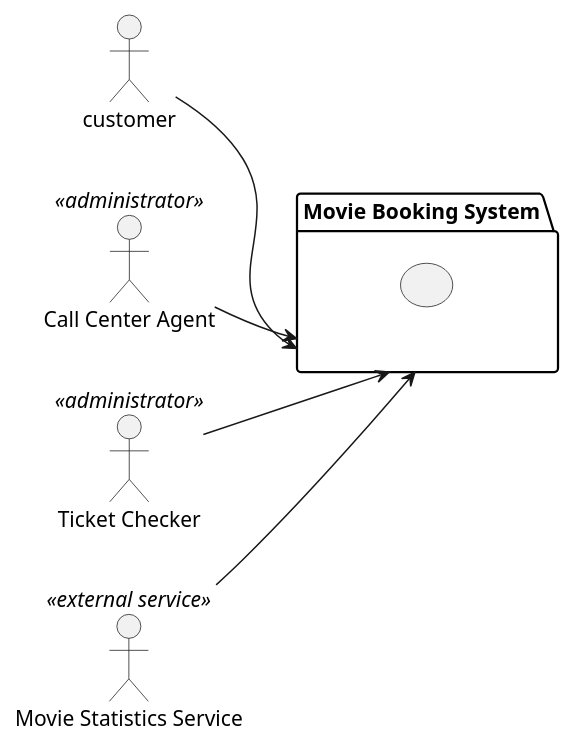
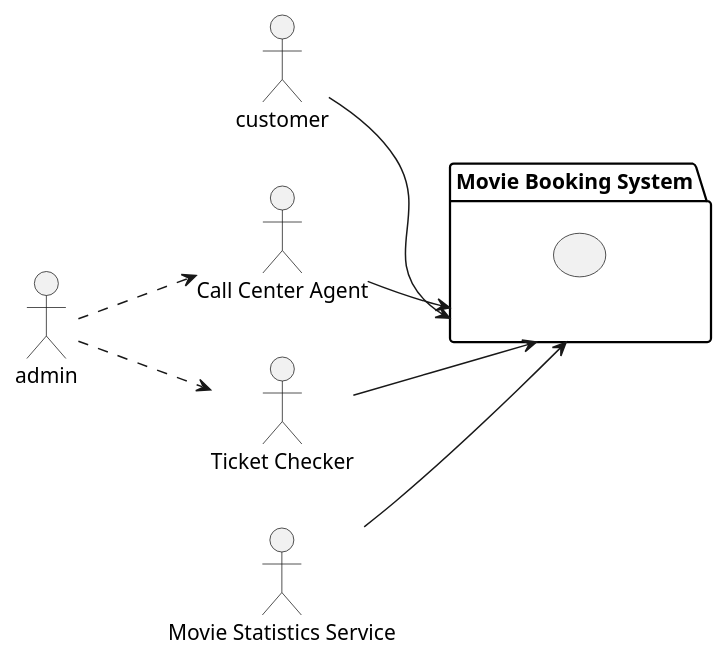
Diagram 12 of 12 in _posts/2025-04-01-movie-booking-system-1.md (mannercode/mannercode.github.io), drawn with PlantUML before and after one commit. The commit also changed 8 other files, not shown here.

```diff
--- a/_posts/2025-04-01-movie-booking-system-1.md
+++ b/_posts/2025-04-01-movie-booking-system-1.md
@@ -431,18 +431,20 @@
 {% plantuml %}
 @startuml
 left to right direction
 actor customer
-actor "Call Center Agent" as agent<<administrator>>
-actor "Ticket Checker" as checker<<administrator>>
-actor "Movie Statistics Service" as service <<external service>>
+actor "Call Center Agent" as admin1
+actor "Ticket Checker" as admin2
+actor "Movie Statistics Service" as service
 
 package "Movie Booking System" as mbs {
 usecase " "
 }
 
 customer --> mbs
-agent --> mbs
-checker --> mbs
+admin1 --> mbs
+admin2 --> mbs
 service --> mbs
+admin ..> admin1
+admin ..> admin2
 @enduml
 {% endplantuml %}
```
